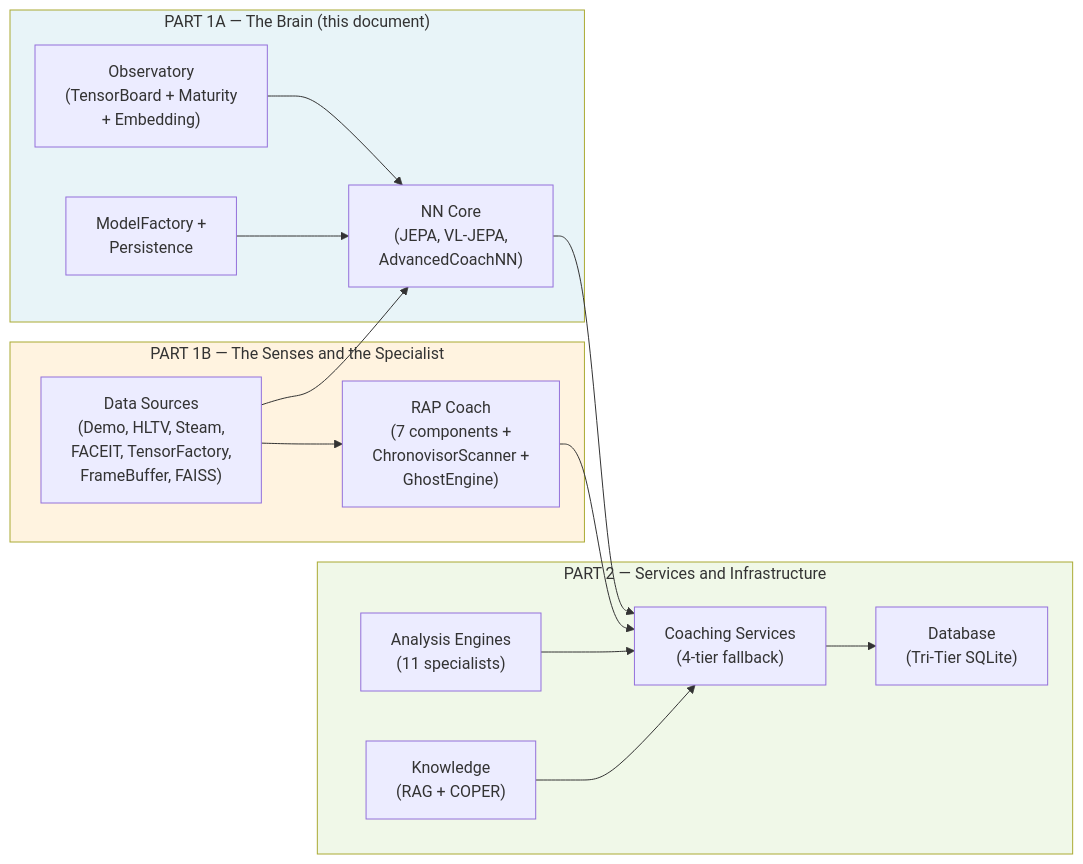
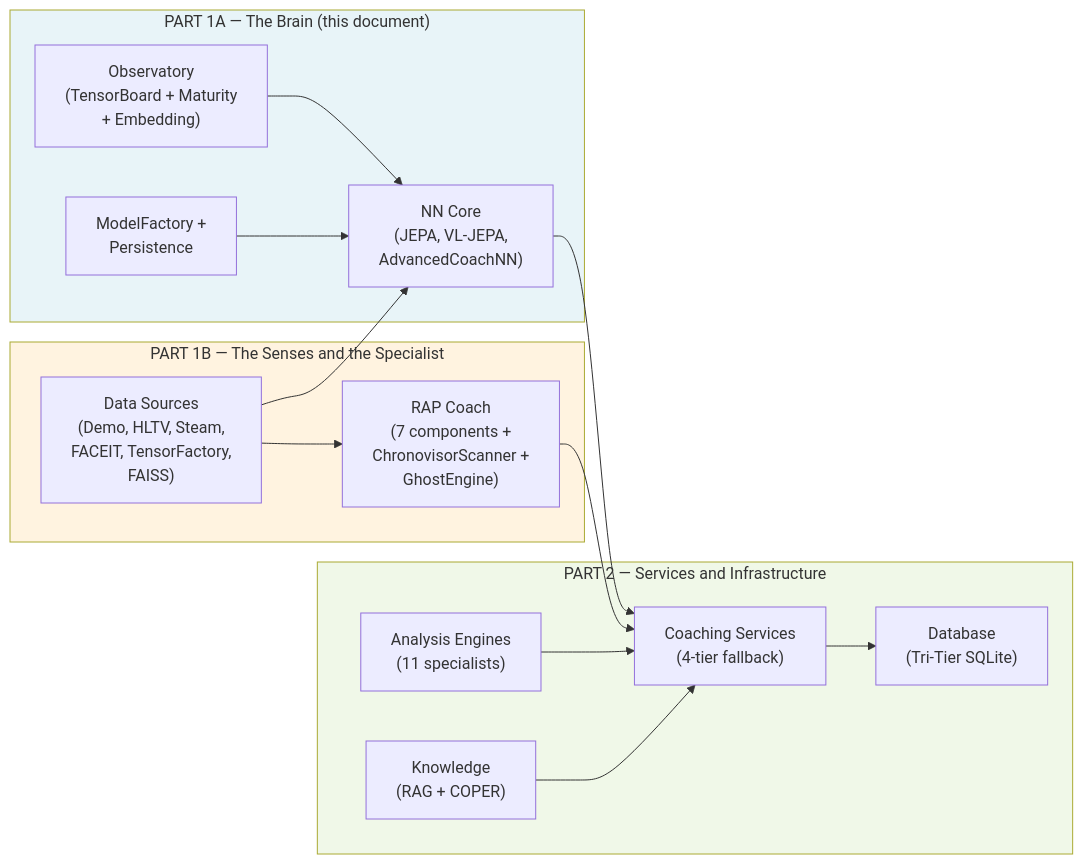
Before and after one commit to renanaugustomacena-ux/Counter-Strike-coach-AI: diagram 22 of 22 in docs/books/Book-Coach-1A-en.md, drawn with Mermaid. The commit also changed other lines of this file and 36 other files, not shown here.

````diff
--- a/docs/books/Book-Coach-1A-en.md
+++ b/docs/books/Book-Coach-1A-en.md
@@ -1259,32 +1274,32 @@
 ```mermaid
 flowchart LR
     subgraph PART1A["PART 1A — The Brain (this document)"]
         NN["NN Core<br/>(JEPA, VL-JEPA,<br/>AdvancedCoachNN)"]
         OBS["Observatory<br/>(TensorBoard + Maturity<br/>+ Embedding)"]
         FACTORY["ModelFactory +<br/>Persistence"]
     end
     subgraph PART1B["PART 1B — The Senses and the Specialist"]
         RAP["RAP Coach<br/>(7 components +<br/>ChronovisorScanner +<br/>GhostEngine)"]
-        DS["Data Sources<br/>(Demo, HLTV, Steam,<br/>FACEIT, TensorFactory,<br/>FrameBuffer, FAISS)"]
+        DS["Data Sources<br/>(Demo, HLTV, Steam,<br/>FACEIT, TensorFactory,<br/>FAISS)"]
     end
     subgraph PART2["PART 2 — Services and Infrastructure"]
         SVC["Coaching Services<br/>(4-tier fallback)"]
         ANL["Analysis Engines<br/>(11 specialists)"]
         KB["Knowledge<br/>(RAG + COPER)"]
         DB["Database<br/>(Tri-Tier SQLite)"]
     end
 
     DS --> NN
     DS --> RAP
     NN --> SVC
     RAP --> SVC
     OBS --> NN
     FACTORY --> NN
     ANL --> SVC
     KB --> SVC
     SVC --> DB
 
     style PART1A fill:#e8f4f8
     style PART1B fill:#fff3e0
     style PART2 fill:#f0f8e8
 ```
````
